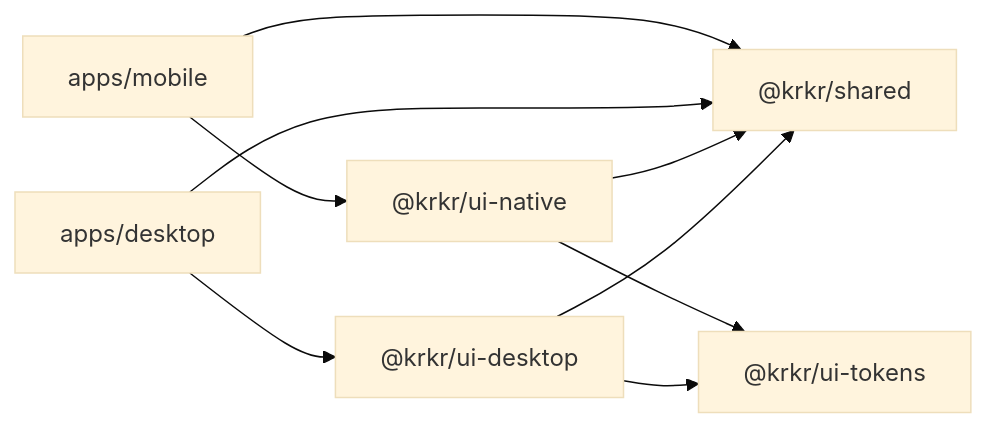
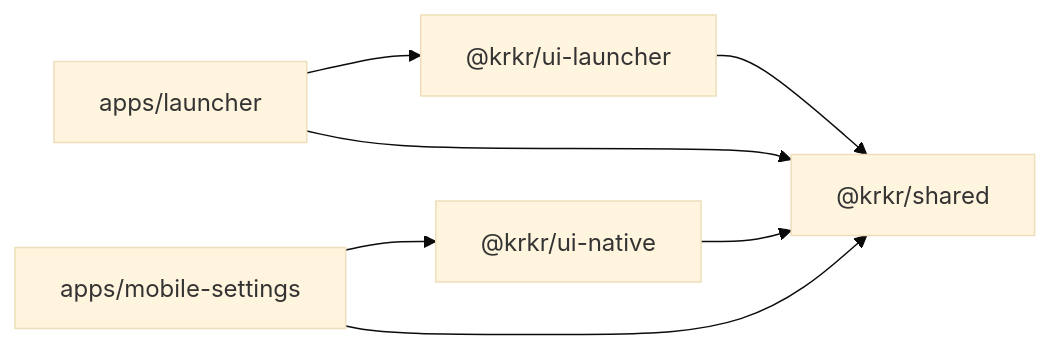
Before and after one commit to flosnvjx/krkr2: the diagram in docs/ui/monorepo.md, drawn with Mermaid (base theme). The commit also changed other lines of this file and 13 other files, not shown here.

````diff
--- a/docs/ui/monorepo.md
+++ b/docs/ui/monorepo.md
@@ -82,18 +127,15 @@
 ```mermaid
 flowchart LR
     shared["@krkr/shared"]
-    tokens["@krkr/ui-tokens"]
-    desktop_ui["@krkr/ui-desktop"]
-    native_ui["@krkr/ui-native"]
-    app_d["apps/desktop"]
-    app_m["apps/mobile"]
+    uiL["@krkr/ui-launcher"]
+    uiN["@krkr/ui-native"]
+    launcher["apps/launcher"]
+    mobile["apps/mobile-settings"]
 
-    desktop_ui --> shared
-    desktop_ui --> tokens
-    native_ui --> shared
-    native_ui --> tokens
-    app_d --> desktop_ui
-    app_d --> shared
-    app_m --> native_ui
-    app_m --> shared
+    uiL --> shared
+    uiN --> shared
+    launcher --> uiL
+    launcher --> shared
+    mobile --> uiN
+    mobile --> shared
 ```
````
